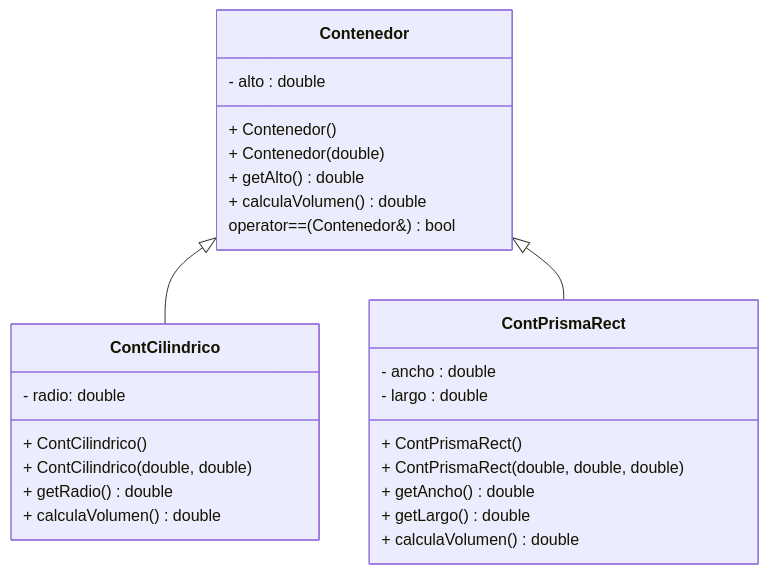
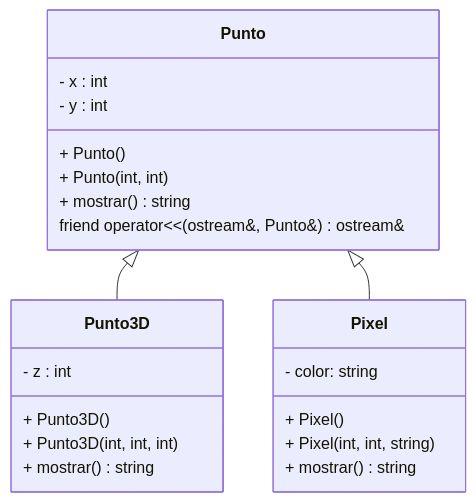
Before and after one commit to TC1030/Examen_Punto: the diagram in README.md, drawn with Mermaid. The commit also changed other lines of this file and 11 other files, not shown here.

````diff
--- a/README.md
+++ b/README.md
@@ -10,31 +10,27 @@
 ```mermaid
 classDiagram
-    Contenedor <|-- ContCilindrico
-    Contenedor <|-- ContPrismaRect
-      class Contenedor {
-        - alto : double
+    Punto <|-- Punto3D
+    Punto <|-- Pixel
+      class Punto {
+        - x : int
+        - y : int
       }
-      Contenedor: + Contenedor()
-      Contenedor: + Contenedor(double)
-      Contenedor: + getAlto() double
-      Contenedor: + calculaVolumen() double
-      Contenedor: operator==(Contenedor&) bool
+      Punto: + Punto()
+      Punto: + Punto(int, int)
+      Punto: + mostrar() string
+      Punto: friend operator<<(ostream&, Punto&) ostream&
     
-    class ContPrismaRect {
-        - ancho : double
-        - largo : double
+    class Punto3D {
+        - z : int
       }
-        ContPrismaRect: + ContPrismaRect()
-        ContPrismaRect: + ContPrismaRect(double, double, double)
-        ContPrismaRect: + getAncho() double
-        ContPrismaRect: + getLargo() double
-        ContPrismaRect: + calculaVolumen() double
+        Punto3D: + Punto3D()
+        Punto3D: + Punto3D(int, int, int)
+        Punto3D: + mostrar() string
     
-    class ContCilindrico {
-        - radio: double
+    class Pixel {
+        - color: string
       }
-        ContCilindrico: + ContCilindrico()
-        ContCilindrico: + ContCilindrico(double, double)
-        ContCilindrico: + getRadio() double
-        ContCilindrico: + calculaVolumen() double
+        Pixel: + Pixel()
+        Pixel: + Pixel(int, int, string)
+        Pixel: + mostrar() string
 ```
````
